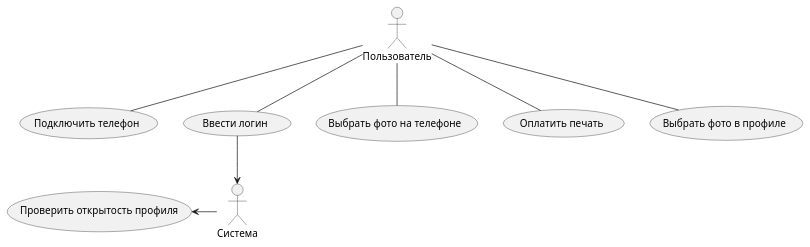
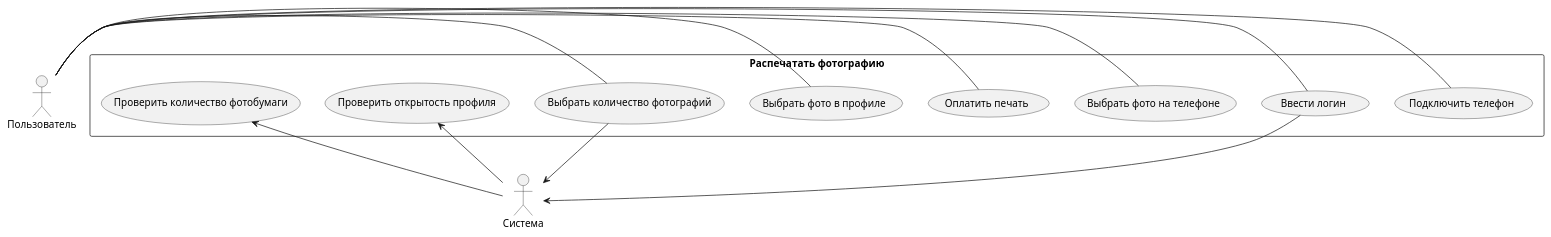
Before and after one commit to PopkovAYu/Notes: the diagram in Notes/Системная аналитика/Курсы от нетологии/Раздел 3. Анализ требований/Итоговая работа по модулю.md, drawn with PlantUML.

Commit message:
vault backup: 2024-04-25 17:29:58
Affected files:
Notes/Системная аналитика/Курсы от нетологии/Раздел 3. Анализ требований/Итоговая работа по модулю.md

````diff
--- a/Notes/Системная аналитика/Курсы от нетологии/Раздел 3. Анализ требований/Итоговая работа по модулю.md
+++ b/Notes/Системная аналитика/Курсы от нетологии/Раздел 3. Анализ требований/Итоговая работа по модулю.md
@@ -72,14 +72,19 @@
 ```plantuml
 @startuml
 actor Пользователь as user
 actor Система as sys
 
-user -- (Подключить телефон)
-user -- (Ввести логин)
-user -- (Выбрать фото на телефоне)
-user -- (Оплатить печать)
-user -- (Выбрать фото в профиле)
+rectangle "Распечатать фотографию" {
+user -right- (Подключить телефон)
+user -right- (Ввести логин)
+user -right- (Выбрать фото на телефоне)
+user -right- (Оплатить печать)
+user -right- (Выбрать фото в профиле)
+user -right- (Выбрать количество фотографий)
+(Выбрать количество фотографий) --> sys
+sys -up-> (Проверить количество фотобумаги)
 (Ввести логин) --> sys
 sys -left-> (Проверить открытость профиля)
+}
 @enduml
 ```
````
